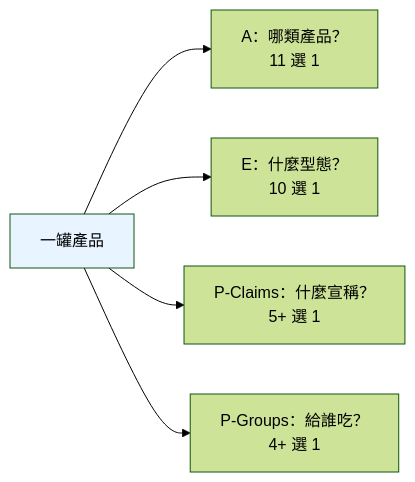
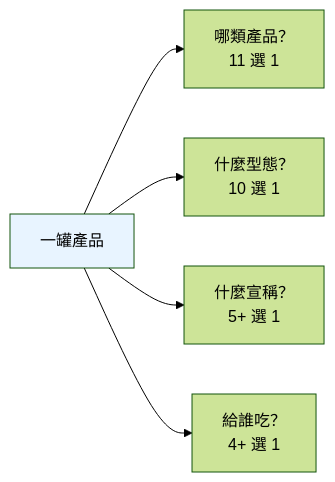
Before and after one commit to mapleelpam/LuminNexus-LearningMap: the first of 4 diagrams in general/classification-terminology.md, drawn with Mermaid (forest theme). The commit also changed other lines of this file and 1 other file, not shown here.

````diff
--- a/general/classification-terminology.md
+++ b/general/classification-terminology.md
@@ -146,9 +139,9 @@
 ```mermaid
 graph LR
-    P[一罐產品] --> A["A：哪類產品？<br/>11 選 1"]
-    P --> E["E：什麼型態？<br/>10 選 1"]
-    P --> C["P-Claims：什麼宣稱？<br/>5+ 選 1"]
-    P --> U["P-Groups：給誰吃？<br/>4+ 選 1"]
+    P[一罐產品] --> A["哪類產品？<br/>11 選 1"]
+    P --> E["什麼型態？<br/>10 選 1"]
+    P --> C["什麼宣稱？<br/>5+ 選 1"]
+    P --> U["給誰吃？<br/>4+ 選 1"]
 
     style P fill:#e8f4ff
 ```
````
